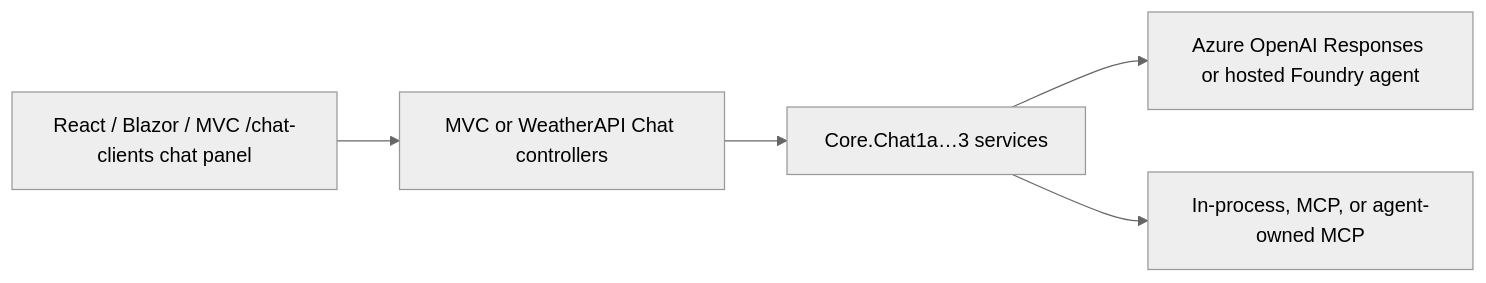
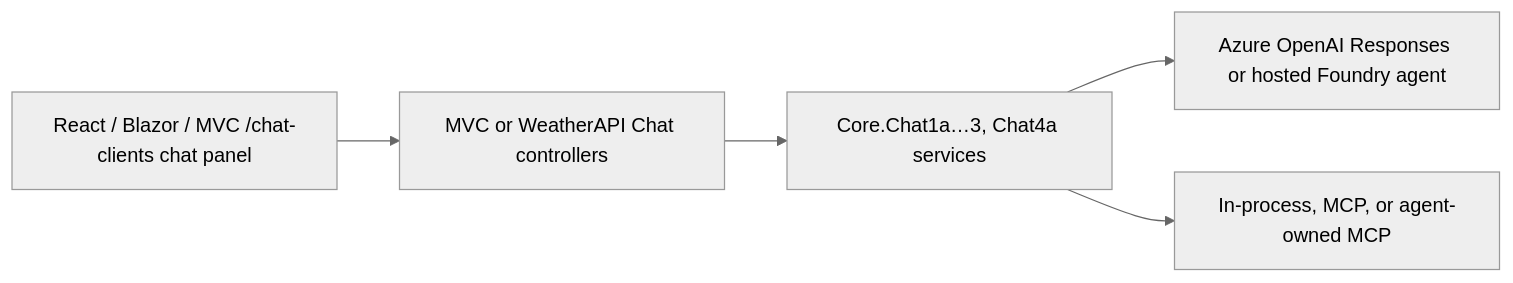
The first of 2 diagrams in docs/architecture.md (dustinkorzaan/weather-1116), drawn with Mermaid (neutral theme) before and after one commit. The commit also changed other lines of this file and 21 other files, not shown here.

````diff
--- a/docs/architecture.md
+++ b/docs/architecture.md
@@ -124,13 +125,13 @@
 ```mermaid
 flowchart LR
   UI[React / Blazor / MVC /chat-clients chat panel]
   API[MVC or WeatherAPI Chat controllers]
-  Core[Core.Chat1a…3 services]
+  Core[Core.Chat1a…3, Chat4a services]
   Model[Azure OpenAI Responses or hosted Foundry agent]
   Tools[In-process, MCP, or agent-owned MCP]
 
   UI --> API
   API --> Core
   Core --> Model
   Core --> Tools
 ```
````
